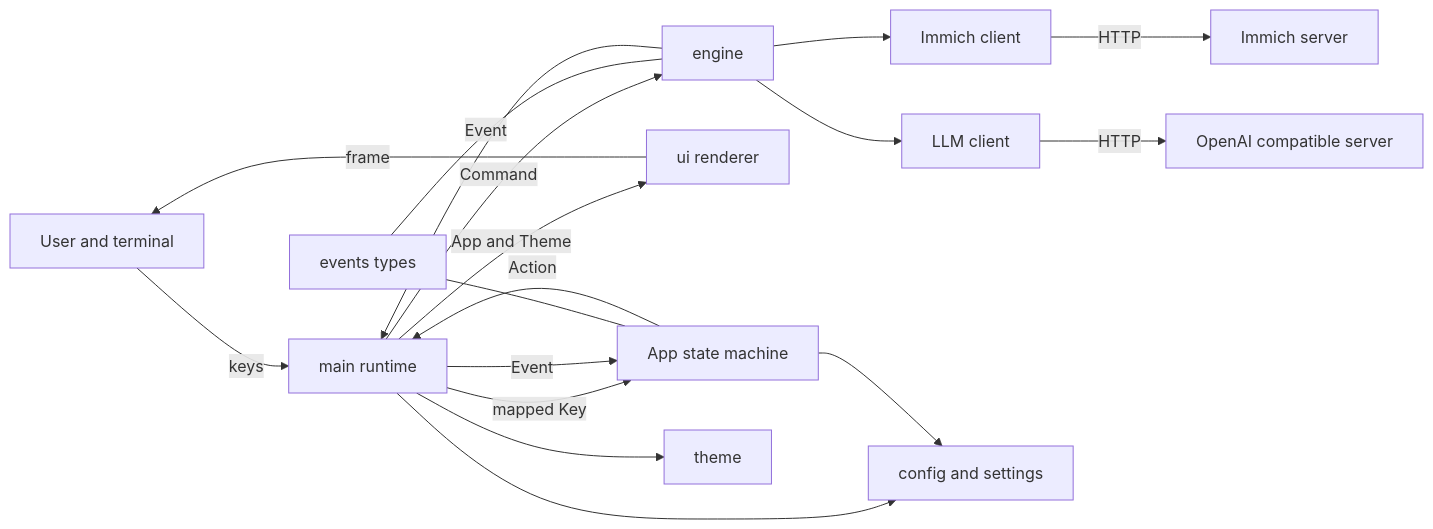
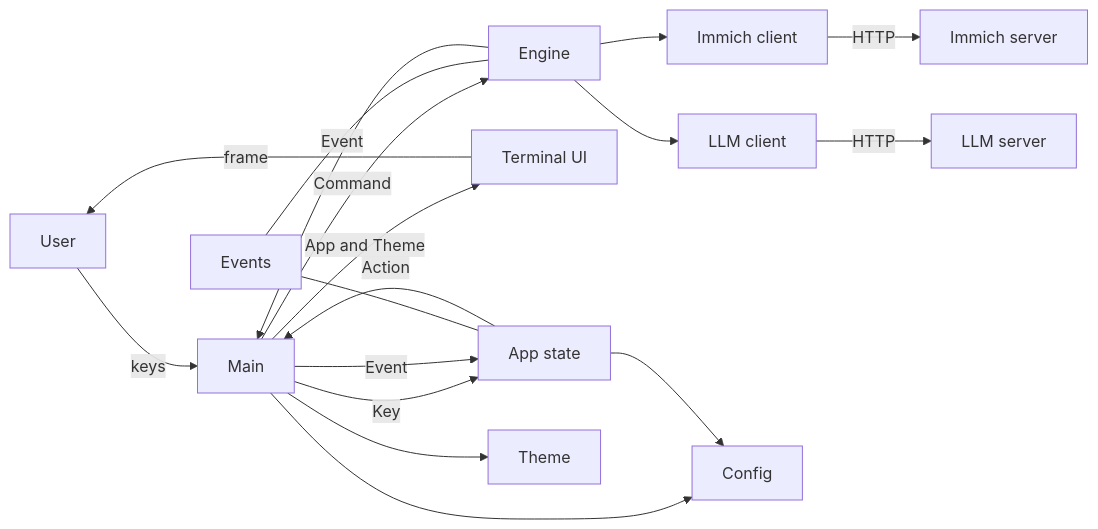
Before and after one commit to brunojppb/immich-alt-text: the first of 4 diagrams in ARCHITECTURE.md, drawn with Mermaid. The commit also changed other lines of this file and 1 other file, not shown here.

````diff
--- a/ARCHITECTURE.md
+++ b/ARCHITECTURE.md
@@ -33,33 +48,33 @@
 ```mermaid
 flowchart LR
-    User[User and terminal]
-    Main[main runtime]
-    App[App state machine]
-    UI[ui renderer]
-    Engine[engine]
-    Events[events types]
-    ImmichClient[Immich client]
-    LlmClient[LLM client]
+    User[User]
+    Main[Main]
+    App[App state]
+    UI[Terminal UI]
+    Engine[Engine]
+    Events[Events]
+    Immich[Immich client]
+    LLM[LLM client]
     ImmichServer[Immich server]
-    LlmServer[OpenAI compatible server]
-    Config[config and settings]
-    Theme[theme]
+    LLMServer[LLM server]
+    Config[Config]
+    Theme[Theme]
 
     User -->|keys| Main
-    Main -->|mapped Key| App
+    Main -->|Key| App
     App -->|Action| Main
     Main -->|Command| Engine
     Engine -->|Event| Main
     Main -->|Event| App
     Main -->|App and Theme| UI
     UI -->|frame| User
-    Engine --> ImmichClient
-    Engine --> LlmClient
-    ImmichClient -->|HTTP| ImmichServer
-    LlmClient -->|HTTP| LlmServer
+    Engine --> Immich
+    Engine --> LLM
+    Immich -->|HTTP| ImmichServer
+    LLM -->|HTTP| LLMServer
     Main --> Config
     App --> Config
     Main --> Theme
     Events --- App
     Events --- Engine
 ```
````
